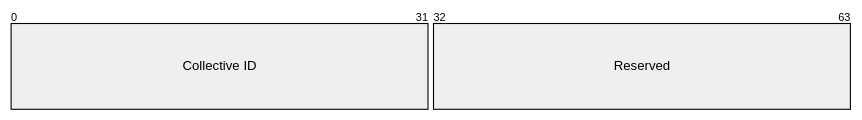
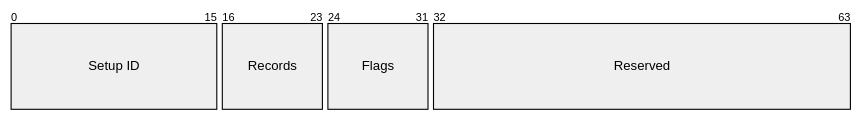
The fifth of 13 diagrams in docs/chapters/3-architecture/protocol.md (uniquadev/prism), drawn with Mermaid before and after one commit. The commit also changed other lines of this file and 9 other files, not shown here.

````diff
--- a/docs/chapters/3-architecture/protocol.md
+++ b/docs/chapters/3-architecture/protocol.md
@@ -268,6 +369,8 @@
 ```mermaid
 %%{init: {"packet": {"bitsPerRow": 64, "bitWidth": 12, "rowHeight": 78, "showBits": true}} }%%
 packet
-    +32: "Collective ID"
+    +16: "Setup ID"
+    +8: "Records"
+    +8: "Flags"
     +32: "Reserved"
 ```
````
